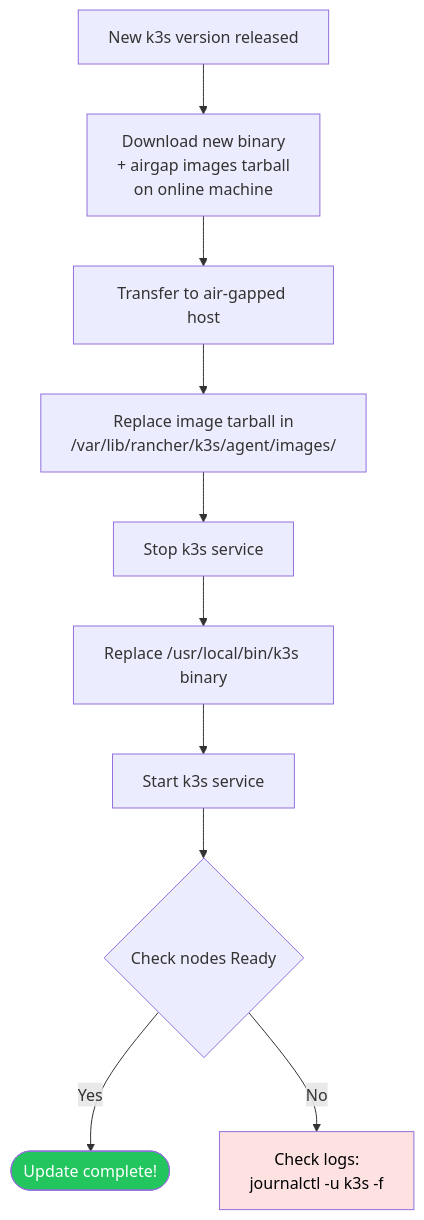
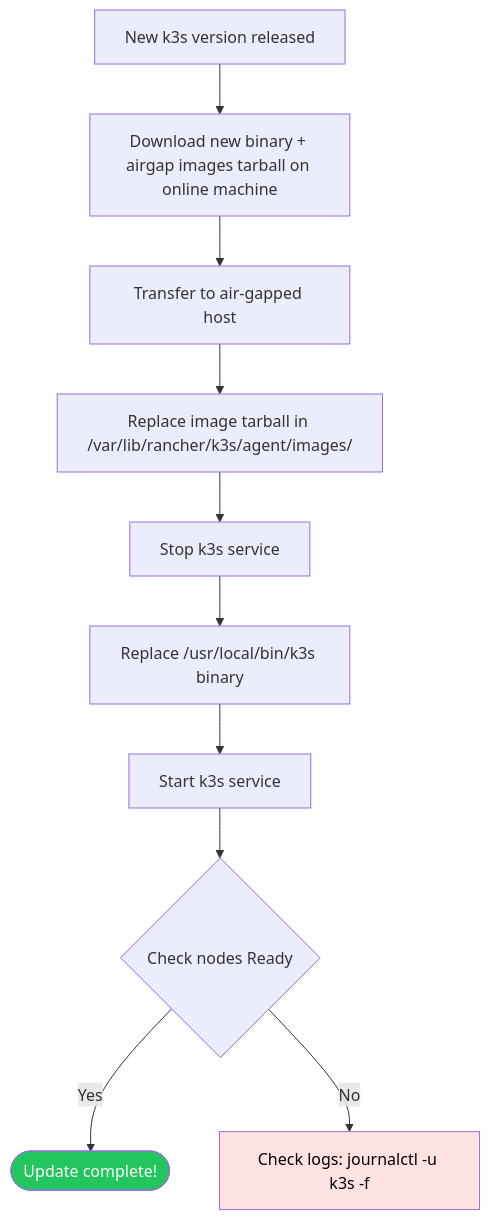
The third of 3 diagrams in 02_installation/03_airgap_install.md (UncleJS/course_k3s), drawn with Mermaid before and after one commit. The commit also changed other lines of this file and 57 other files, not shown here.

````diff
--- a/02_installation/03_airgap_install.md
+++ b/02_installation/03_airgap_install.md
@@ -276,15 +276,15 @@
 ```mermaid
 flowchart TD
-    A[New k3s version released] --> B[Download new binary\n+ airgap images tarball\non online machine]
+    A[New k3s version released] --> B[Download new binary + airgap images tarball on online machine]
     B --> C[Transfer to air-gapped host]
-    C --> D[Replace image tarball in\n/var/lib/rancher/k3s/agent/images/]
+    C --> D[Replace image tarball in /var/lib/rancher/k3s/agent/images/]
     D --> E[Stop k3s service]
     E --> F[Replace /usr/local/bin/k3s binary]
     F --> G[Start k3s service]
     G --> H{Check nodes Ready}
     H -->|Yes| DONE([Update complete!])
-    H -->|No| LOGS[Check logs:\njournalctl -u k3s -f]
+    H -->|No| LOGS[Check logs: journalctl -u k3s -f]
 
     style DONE fill:#22c55e,color:#fff
     style LOGS fill:#fee2e2,color:#000
 ```
````
